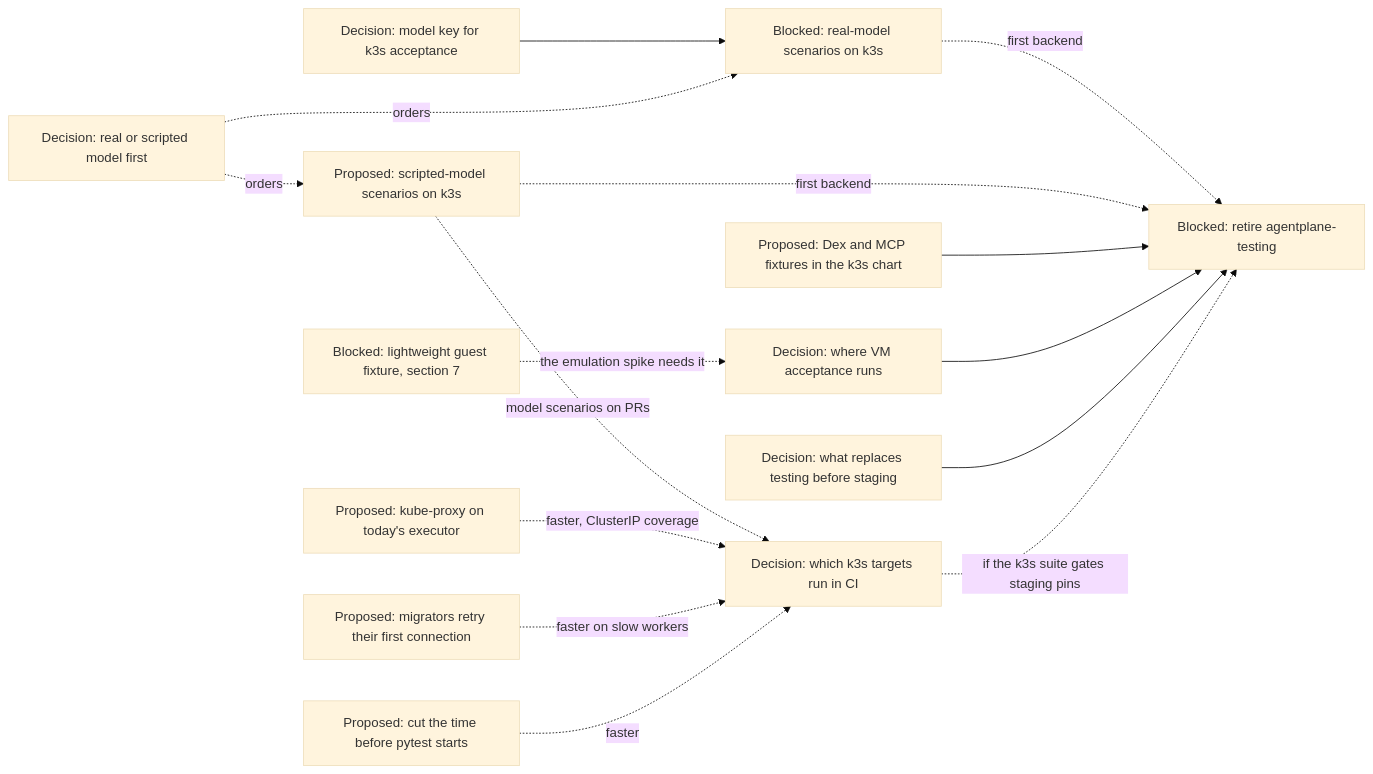
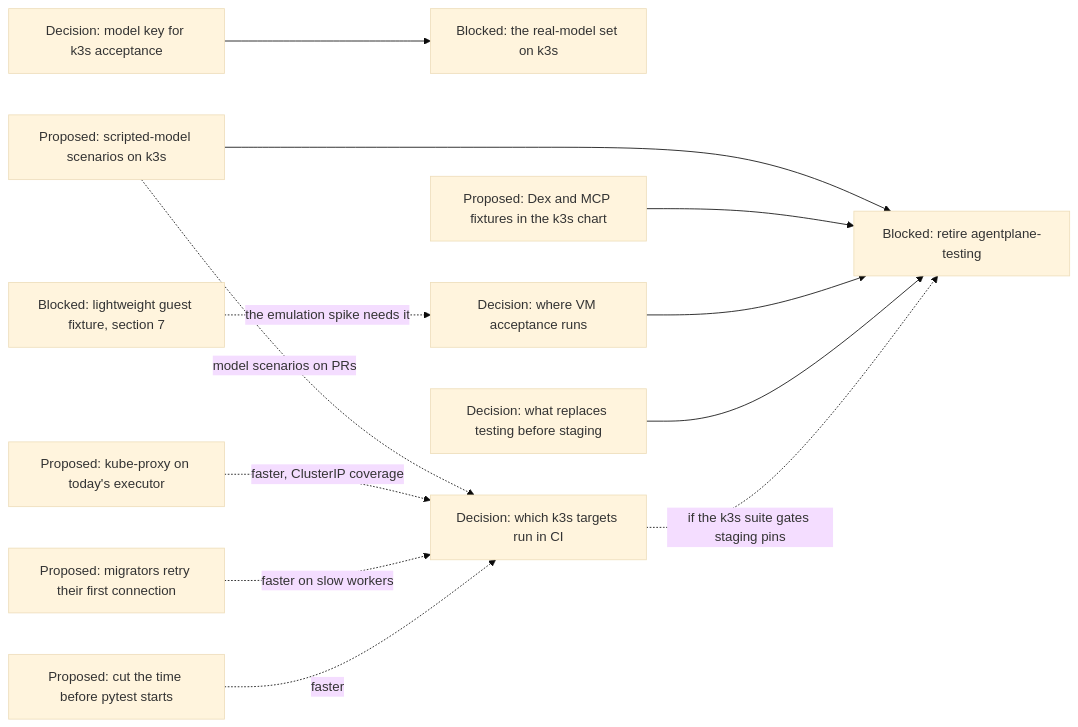
Before and after one commit to agentydragon-agent/ducktape: diagram 17 of 17 in agentplane/plans/task_dag.md, drawn with Mermaid (base theme). The commit also changed other lines of this file and 1 other file, not shown here.

First line of the commit message:
agentplane(plans): scripted model first; acceptance test layout (#11332)

````diff
--- a/agentplane/plans/task_dag.md
+++ b/agentplane/plans/task_dag.md
@@ -1977,30 +1977,26 @@
 ```mermaid
 flowchart LR
-    ACCEPTANCE_MODEL_BACKEND_ORDER[Decision: real or scripted model first]
     K3S_MODEL_CREDENTIALS[Decision: model key for k3s acceptance]
-    K3S_MODEL_SCENARIOS[Blocked: real-model scenarios on k3s]
+    K3S_MODEL_SCENARIOS[Blocked: the real-model set on k3s]
     ACCEPTANCE_SCRIPTED_MODEL[Proposed: scripted-model scenarios on k3s]
     K3S_FIXTURE_IDENTITY[Proposed: Dex and MCP fixtures in the k3s chart]
     K3S_VM_ACCEPTANCE[Decision: where VM acceptance runs]
     K3S_VM_IMAGE[Blocked: lightweight guest fixture, section 7]
     TESTING_ROLLOUT_ROLE[Decision: what replaces testing before staging]
     TESTING_ENVIRONMENT_RETIRE[Blocked: retire agentplane-testing]
     K3S_KUBE_PROXY_RETEST[Proposed: kube-proxy on today's executor]
     K3S_MIGRATOR_CONNECT_RETRY[Proposed: migrators retry their first connection]
     K3S_TEST_STARTUP[Proposed: cut the time before pytest starts]
     K3S_CI_TIER[Decision: which k3s targets run in CI]
     K3S_MODEL_CREDENTIALS --> K3S_MODEL_SCENARIOS
-    ACCEPTANCE_MODEL_BACKEND_ORDER -. orders .-> K3S_MODEL_SCENARIOS
-    ACCEPTANCE_MODEL_BACKEND_ORDER -. orders .-> ACCEPTANCE_SCRIPTED_MODEL
-    K3S_MODEL_SCENARIOS -. first backend .-> TESTING_ENVIRONMENT_RETIRE
-    ACCEPTANCE_SCRIPTED_MODEL -. first backend .-> TESTING_ENVIRONMENT_RETIRE
+    ACCEPTANCE_SCRIPTED_MODEL --> TESTING_ENVIRONMENT_RETIRE
     K3S_VM_IMAGE -. the emulation spike needs it .-> K3S_VM_ACCEPTANCE
     K3S_FIXTURE_IDENTITY --> TESTING_ENVIRONMENT_RETIRE
     K3S_VM_ACCEPTANCE --> TESTING_ENVIRONMENT_RETIRE
     TESTING_ROLLOUT_ROLE --> TESTING_ENVIRONMENT_RETIRE
     K3S_CI_TIER -. if the k3s suite gates staging pins .-> TESTING_ENVIRONMENT_RETIRE
     ACCEPTANCE_SCRIPTED_MODEL -. model scenarios on PRs .-> K3S_CI_TIER
     K3S_KUBE_PROXY_RETEST -. faster, ClusterIP coverage .-> K3S_CI_TIER
     K3S_MIGRATOR_CONNECT_RETRY -. faster on slow workers .-> K3S_CI_TIER
     K3S_TEST_STARTUP -. faster .-> K3S_CI_TIER
 ```
````
